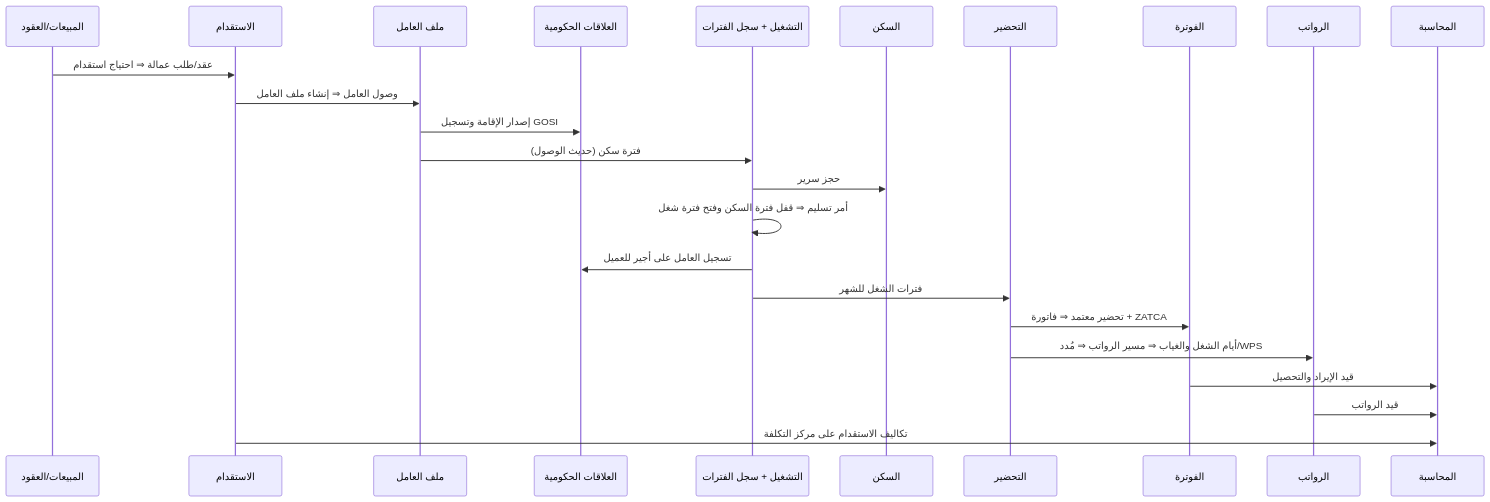
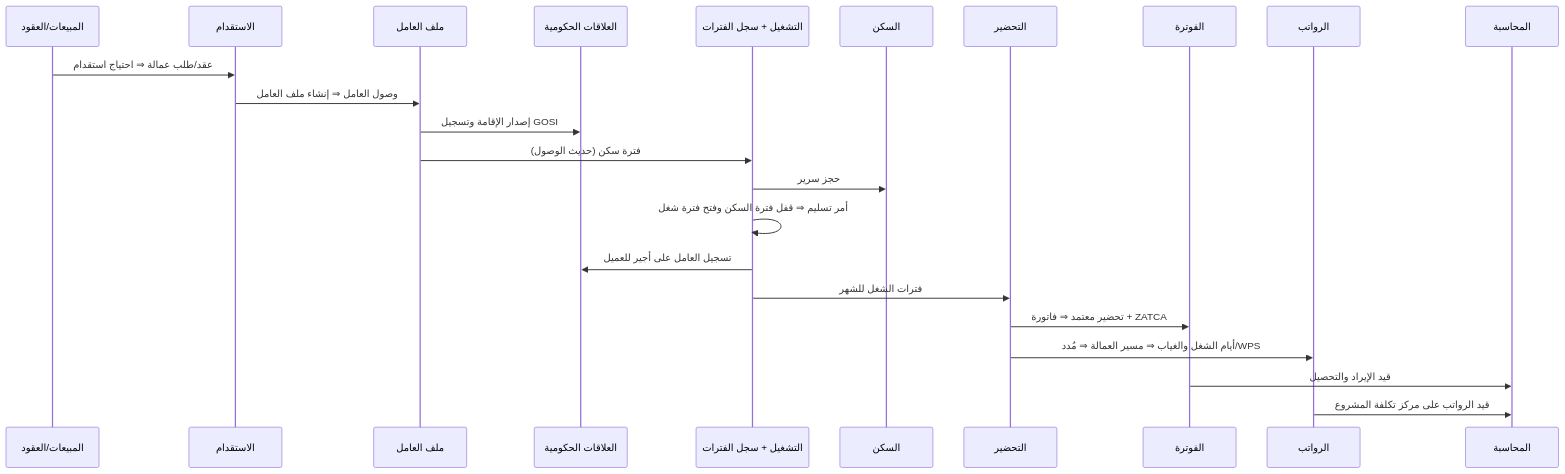
The second of 3 diagrams in docs/02-target-architecture/01-system-modules.md (mahmoud-3atef/integrated-erp-crm), drawn with Mermaid before and after one commit. The commit also changed other lines of this file, not shown here.

````diff
--- a/docs/02-target-architecture/01-system-modules.md
+++ b/docs/02-target-architecture/01-system-modules.md
@@ -203,26 +252,25 @@
 ```mermaid
 sequenceDiagram
   participant CRM as المبيعات/العقود
   participant REC as الاستقدام
   participant EMP as ملف العامل
   participant GOV as العلاقات الحكومية
   participant OPS as التشغيل + سجل الفترات
   participant HOU as السكن
   participant TS as التحضير
   participant BIL as الفوترة
   participant PAY as الرواتب
   participant FIN as المحاسبة
   CRM->>REC: عقد/طلب عمالة ⇒ احتياج استقدام
   REC->>EMP: وصول العامل ⇒ إنشاء ملف العامل
   EMP->>GOV: إصدار الإقامة وتسجيل GOSI
   EMP->>OPS: فترة سكن (حديث الوصول)
   OPS->>HOU: حجز سرير
   OPS->>OPS: أمر تسليم ⇒ قفل فترة السكن وفتح فترة شغل
   OPS->>GOV: تسجيل العامل على أجير للعميل
   OPS->>TS: فترات الشغل للشهر
   TS->>BIL: تحضير معتمد ⇒ فاتورة + ZATCA
-  TS->>PAY: أيام الشغل والغياب ⇒ مسير الرواتب ⇒ مُدد/WPS
+  TS->>PAY: أيام الشغل والغياب ⇒ مسير العمالة ⇒ مُدد/WPS
   BIL->>FIN: قيد الإيراد والتحصيل
-  PAY->>FIN: قيد الرواتب
-  REC->>FIN: تكاليف الاستقدام على مركز التكلفة
+  PAY->>FIN: قيد الرواتب على مركز تكلفة المشروع
 ```
````
